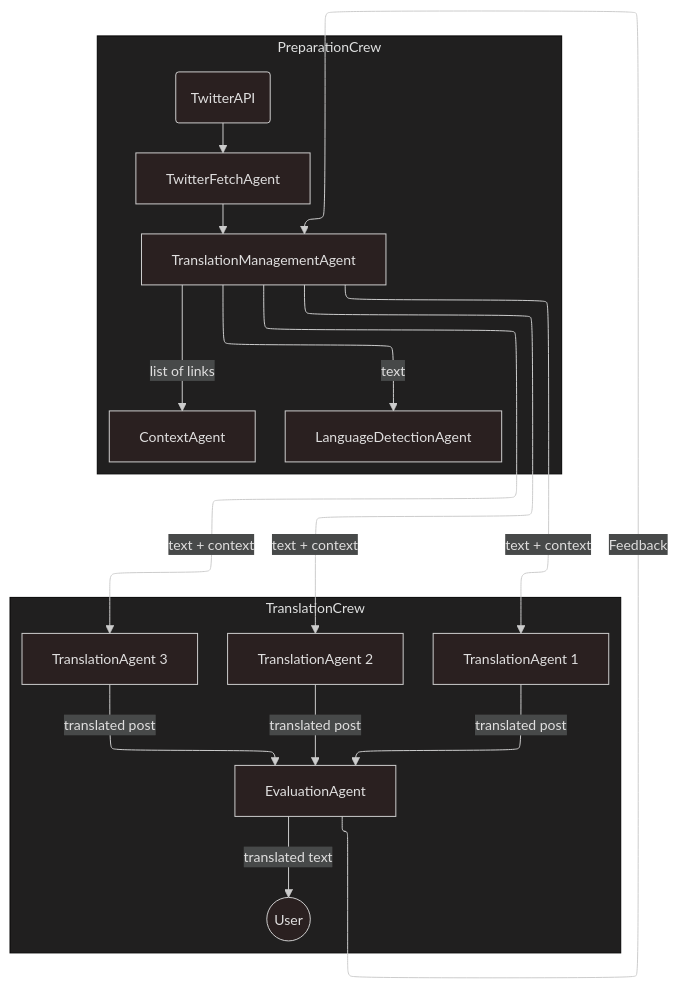
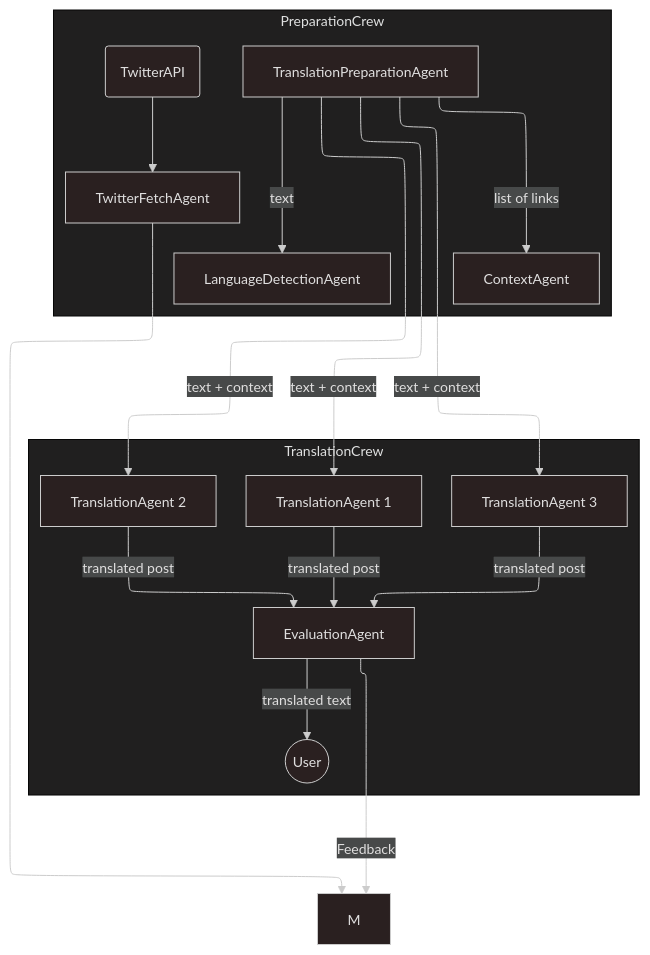
One commit to ctseng777/babel_crewai changed the diagram in doc/Architecture.mermaid. Above: the diagram before and after it, drawn with Mermaid.

Commit message:
update architecture diagrams

```diff
--- a/doc/Architecture.mermaid
+++ b/doc/Architecture.mermaid
@@ -1,30 +1,30 @@
 ---
 config:
   theme: neo-dark
   layout: elk
 ---
 flowchart TD
  subgraph PreparationCrew["PreparationCrew"]
         Twitter("TwitterAPI")
         F["TwitterFetchAgent"]
-        M["TranslationManagementAgent"]
+        P["TranslationPreparationAgent"]
         L["LanguageDetectionAgent"]
         C["ContextAgent"]
   end
  subgraph TranslationCrew["TranslationCrew"]
         T1["TranslationAgent 1"]
         T2["TranslationAgent 2"]
         T3["TranslationAgent 3"]
         E["EvaluationAgent"]
         U(("User"))
   end
     Twitter --> F
     F --> M
-    M -- text --> L
-    M -- list of links --> C
-    M -- text + context --> T1 & T2 & T3
+    P -- text --> L
+    P -- list of links --> C
+    P -- text + context --> T1 & T2 & T3
     T1 -- translated post --> E
     T2 -- translated post --> E
     T3 -- translated post --> E
     E -- Feedback --> M
     E -- translated text --> U
```
